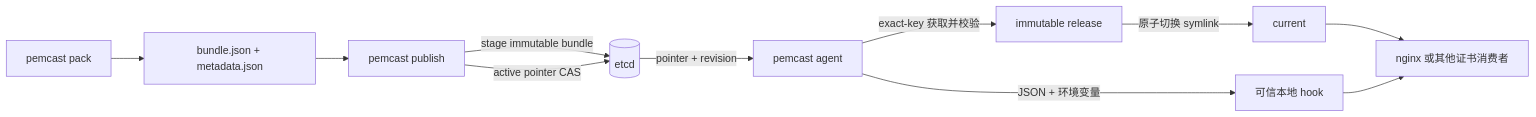
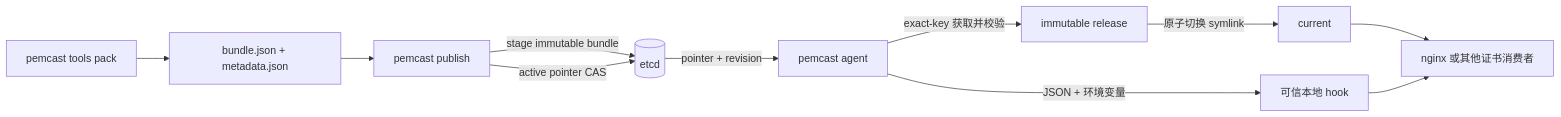
The diagram in README.md (lwmacct/260907-pemcast), drawn with Mermaid before and after one commit. The commit also changed other lines of this file and 20 other files, not shown here.

````diff
--- a/README.md
+++ b/README.md
@@ -5,13 +5,13 @@
 ```mermaid
 flowchart LR
-    pack["pemcast pack"] --> artifacts["bundle.json + metadata.json"]
+    pack["pemcast tools pack"] --> artifacts["bundle.json + metadata.json"]
     artifacts --> publish["pemcast publish"]
     publish -->|"stage immutable bundle"| etcd[("etcd")]
     publish -->|"active pointer CAS"| etcd
     etcd -->|"pointer + revision"| agent["pemcast agent"]
     agent -->|"exact-key 获取并校验"| release["immutable release"]
     release -->|"原子切换 symlink"| current["current"]
     current --> app["nginx 或其他证书消费者"]
     agent -->|"JSON + 环境变量"| hook["可信本地 hook"]
     hook --> app
 ```
````
